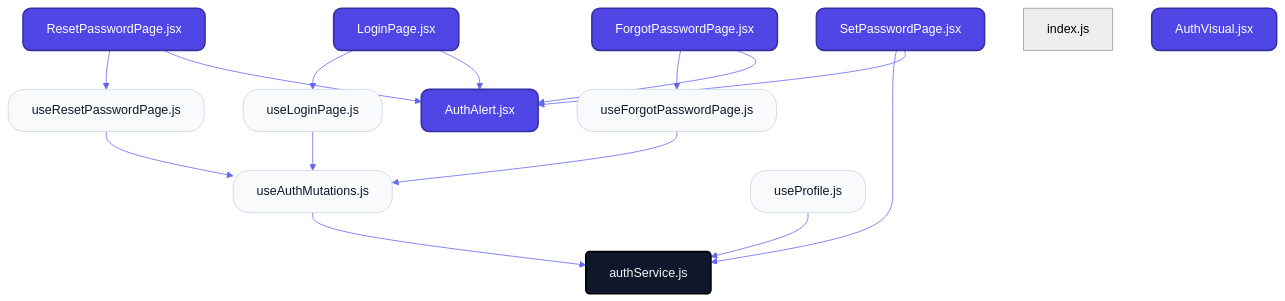
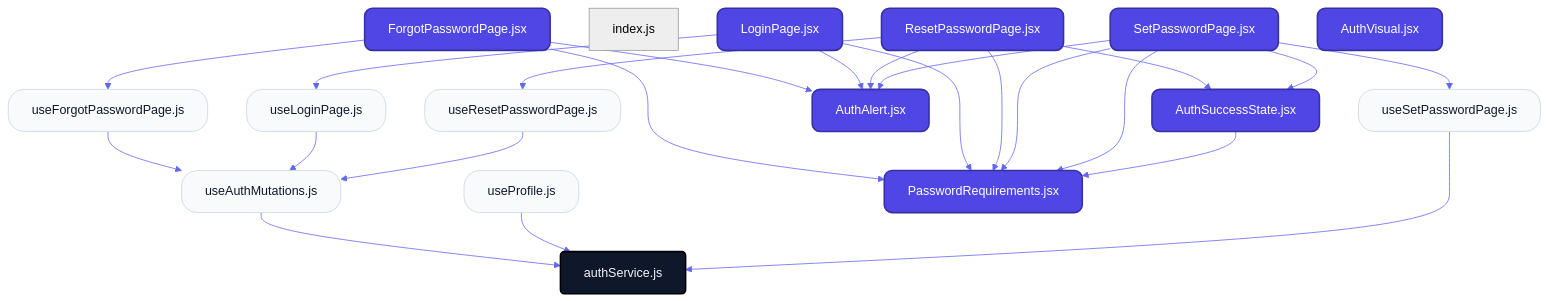
Before and after one commit to nexowebai/nexo-superadmin: the first of 2 diagrams in src/features/auth/README.md, drawn with Mermaid. The commit also changed other lines of this file and 142 other files, not shown here.

Commit message:
feat: implement auth context and password reset workflow with organization management features

````diff
--- a/src/features/auth/README.md
+++ b/src/features/auth/README.md
@@ -12,34 +12,46 @@
 ```mermaid
 %%{init: {'theme': 'neutral', 'themeVariables': { 'fontFamily': 'Inter', 'lineColor': '#6366f1' }}}%%
 graph TD
     classDef page fill:#4f46e5,stroke:#3730a3,stroke-width:2px,color:#fff,rx:10,ry:10;
     classDef hook fill:#f8fafc,stroke:#cbd5e1,stroke-width:1px,color:#0f172a,rx:20,ry:20;
     classDef service fill:#0f172a,stroke:#000,stroke-width:2px,color:#f1f5f9,rx:5,ry:5;
 
     ForgotPasswordPagejsx["ForgotPasswordPage.jsx"]:::page
+    indexjs["index.js"]
     LoginPagejsx["LoginPage.jsx"]:::page
     ResetPasswordPagejsx["ResetPasswordPage.jsx"]:::page
     SetPasswordPagejsx["SetPasswordPage.jsx"]:::page
-    indexjs["index.js"]
     useAuthMutationsjs["useAuthMutations.js"]:::hook
     useForgotPasswordPagejs["useForgotPasswordPage.js"]:::hook
     useLoginPagejs["useLoginPage.js"]:::hook
     useProfilejs["useProfile.js"]:::hook
     useResetPasswordPagejs["useResetPasswordPage.js"]:::hook
+    useSetPasswordPagejs["useSetPasswordPage.js"]:::hook
     authServicejs["authService.js"]:::service
     AuthAlertjsx["AuthAlert.jsx"]:::page
+    AuthSuccessStatejsx["AuthSuccessState.jsx"]:::page
     AuthVisualjsx["AuthVisual.jsx"]:::page
+    PasswordRequirementsjsx["PasswordRequirements.jsx"]:::page
+    ForgotPasswordPagejsx --> PasswordRequirementsjsx
     ForgotPasswordPagejsx --> AuthAlertjsx
     ForgotPasswordPagejsx --> useForgotPasswordPagejs
+    LoginPagejsx --> PasswordRequirementsjsx
     LoginPagejsx --> AuthAlertjsx
     LoginPagejsx --> useLoginPagejs
+    ResetPasswordPagejsx --> PasswordRequirementsjsx
     ResetPasswordPagejsx --> AuthAlertjsx
+    ResetPasswordPagejsx --> AuthSuccessStatejsx
     ResetPasswordPagejsx --> useResetPasswordPagejs
+    SetPasswordPagejsx --> PasswordRequirementsjsx
     SetPasswordPagejsx --> AuthAlertjsx
-    SetPasswordPagejsx --> authServicejs
+    SetPasswordPagejsx --> AuthSuccessStatejsx
+    SetPasswordPagejsx --> PasswordRequirementsjsx
+    SetPasswordPagejsx --> useSetPasswordPagejs
     useAuthMutationsjs --> authServicejs
     useForgotPasswordPagejs --> useAuthMutationsjs
     useLoginPagejs --> useAuthMutationsjs
     useProfilejs --> authServicejs
     useResetPasswordPagejs --> useAuthMutationsjs
+    useSetPasswordPagejs --> authServicejs
+    AuthSuccessStatejsx --> PasswordRequirementsjsx
 ```
````
